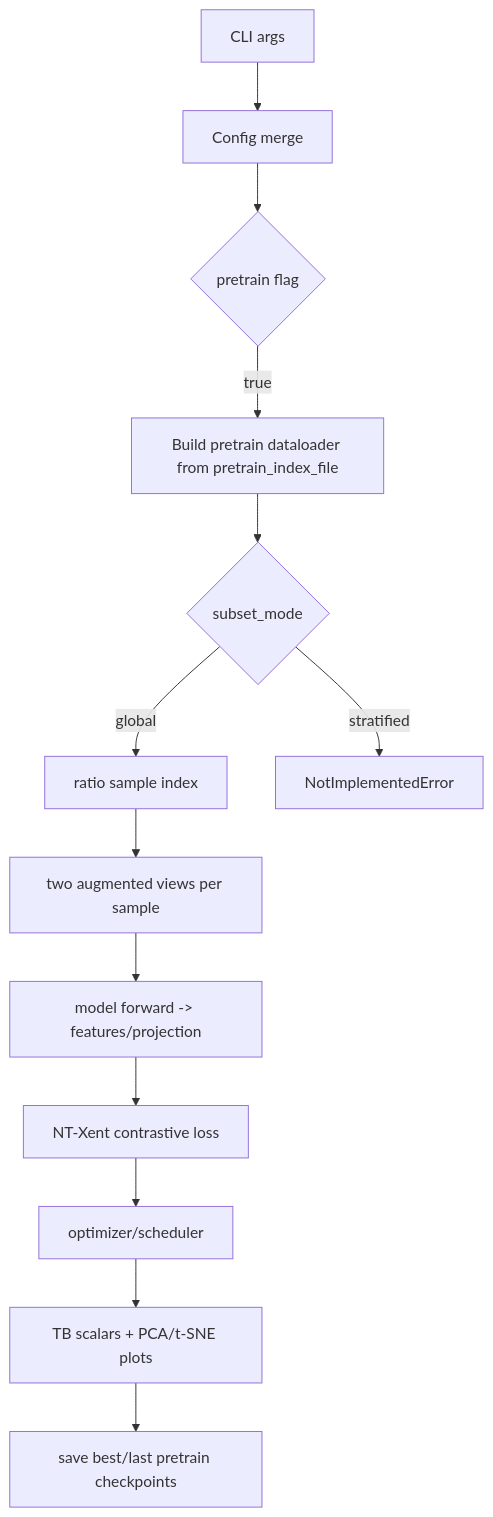
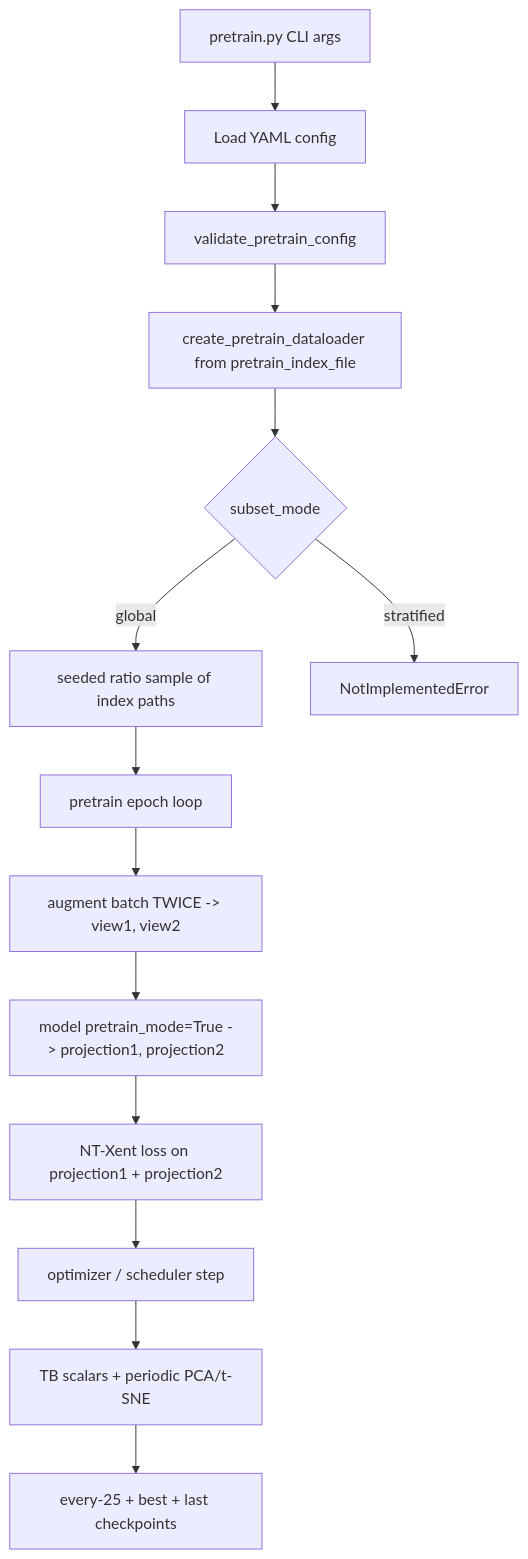
The diagram in src2/plans/pretraining.md (ashitabh8/demo_codebase), drawn with Mermaid before and after one commit. The commit also changed other lines of this file and 33 other files, not shown here.

````diff
--- a/src2/plans/pretraining.md
+++ b/src2/plans/pretraining.md
@@ -62,15 +71,16 @@
 ```mermaid
 flowchart TD
-  cli[CLI args] --> cfg[Config merge]
-  cfg --> mode{pretrain flag}
-  mode -->|true| pretrainData[Build pretrain dataloader from pretrain_index_file]
+  cli[pretrain.py CLI args] --> cfg[Load YAML config]
+  cfg --> valCfg[validate_pretrain_config]
+  valCfg --> pretrainData[create_pretrain_dataloader from pretrain_index_file]
   pretrainData --> subset{subset_mode}
-  subset -->|global| globalSub[ratio sample index]
+  subset -->|global| globalSub[seeded ratio sample of index paths]
   subset -->|stratified| stratifiedStub[NotImplementedError]
-  globalSub --> views[two augmented views per sample]
-  views --> modelFwd[model forward -> features/projection]
-  modelFwd --> sslLoss[NT-Xent contrastive loss]
-  sslLoss --> optim[optimizer/scheduler]
-  optim --> logs[TB scalars + PCA/t-SNE plots]
-  logs --> ckpt[save best/last pretrain checkpoints]
+  globalSub --> loop[pretrain epoch loop]
+  loop --> views[augment batch TWICE -> view1, view2]
+  views --> modelFwd[model pretrain_mode=True -> projection1, projection2]
+  modelFwd --> sslLoss[NT-Xent loss on projection1 + projection2]
+  sslLoss --> optim[optimizer / scheduler step]
+  optim --> logs[TB scalars + periodic PCA/t-SNE]
+  logs --> ckpt[every-25 + best + last checkpoints]
 ```
````
